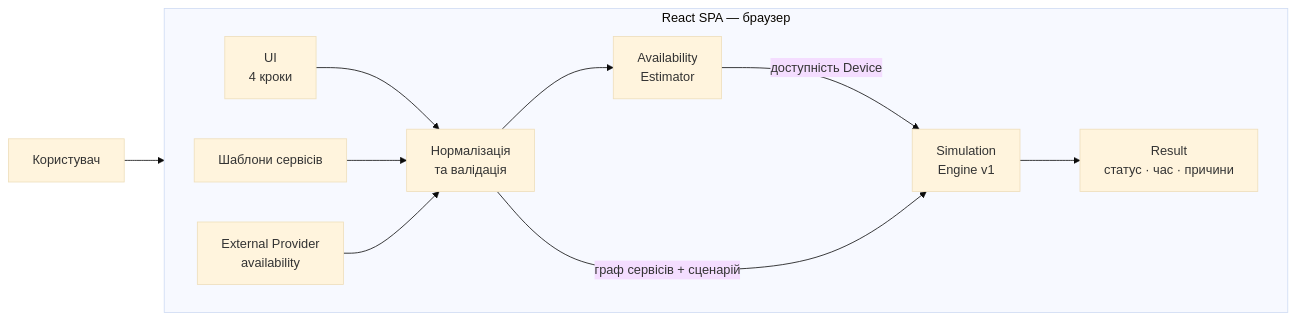
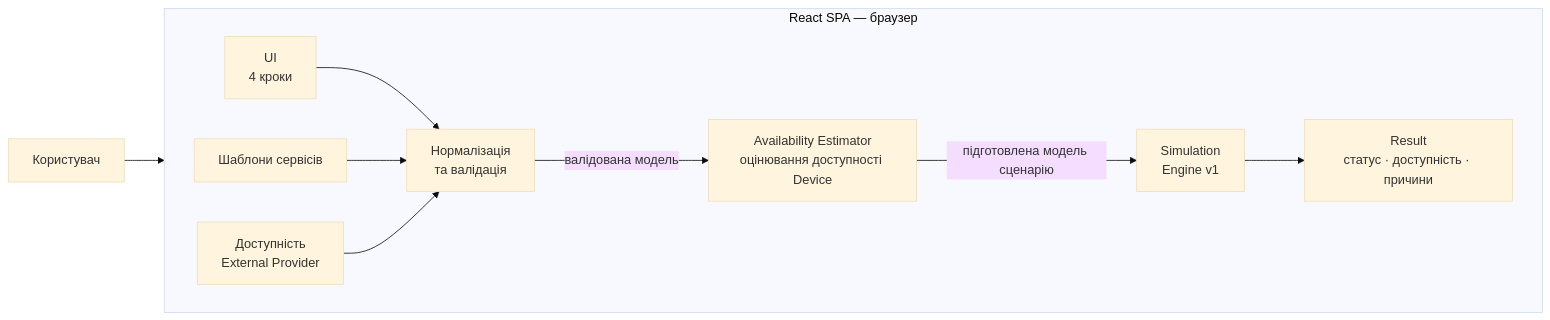
Before and after one commit to Serhii-Palamarchuk/capstone-household-service-availability: the diagram in docs/diagrams/mvp-architecture.md, drawn with Mermaid (base theme). The commit also changed other lines of this file, not shown here.

Commit message:
docs: align rendered MVP architecture diagram

````diff
--- a/docs/diagrams/mvp-architecture.md
+++ b/docs/diagrams/mvp-architecture.md
@@ -3,26 +3,25 @@
 ```mermaid
 flowchart LR
     U["Користувач"]
 
     subgraph SPA["React SPA — браузер"]
         direction LR
 
         UI["UI<br/>4 кроки"]
         ST["Шаблони сервісів"]
-        EP["External Provider<br/>availability"]
+        EP["Доступність<br/>External Provider"]
         V["Нормалізація<br/>та валідація"]
-        AE["Availability<br/>Estimator"]
+        AE["Availability Estimator<br/>оцінювання доступності Device"]
         SE["Simulation<br/>Engine v1"]
-        R["Result<br/>статус · час · причини"]
+        R["Result<br/>статус · доступність · причини"]
 
         UI --> V
         ST --> V
         EP --> V
-        V --> AE
-        AE -->|доступність Device| SE
-        V -->|граф сервісів + сценарій| SE
+        V -->|валідована модель| AE
+        AE -->|підготовлена модель сценарію| SE
         SE --> R
     end
 
     U --> UI
 ```
````
